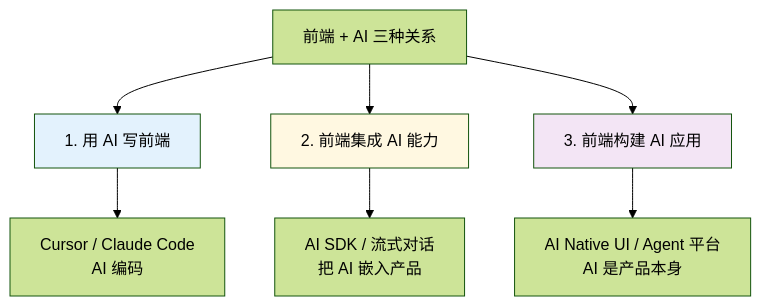
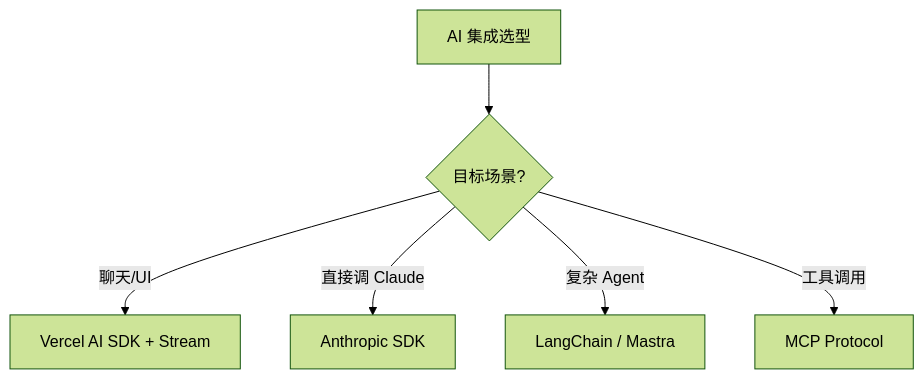
The diagram in note/09.front-end/09-frontend-and-ai/README.md (wb04307201/wb04307201), drawn with Mermaid (forest theme) before and after one commit. The commit also changed other lines of this file, not shown here.

````diff
--- a/note/09.front-end/09-frontend-and-ai/README.md
+++ b/note/09.front-end/09-frontend-and-ai/README.md
@@ -24,12 +31,8 @@
 ```mermaid
-graph TB
-  A[前端 + AI 三种关系] --> B[1. 用 AI 写前端]
-  A --> C[2. 前端集成 AI 能力]
-  A --> D[3. 前端构建 AI 应用]
-  B --> B1[Cursor / Claude Code<br/>AI 编码]
-  C --> C1[AI SDK / 流式对话<br/>把 AI 嵌入产品]
-  D --> D1[AI Native UI / Agent 平台<br/>AI 是产品本身]
-  style B fill:#e3f2fd
-  style C fill:#fff8e1
-  style D fill:#f3e5f5
+flowchart TD
+    A[AI 集成选型] --> B{目标场景?}
+    B -->|聊天/UI| C[Vercel AI SDK + Stream]
+    B -->|直接调 Claude| D[Anthropic SDK]
+    B -->|复杂 Agent| E[LangChain / Mastra]
+    B -->|工具调用| F[MCP Protocol]
 ```
````
